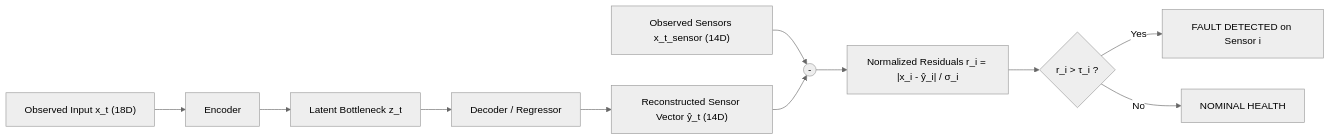
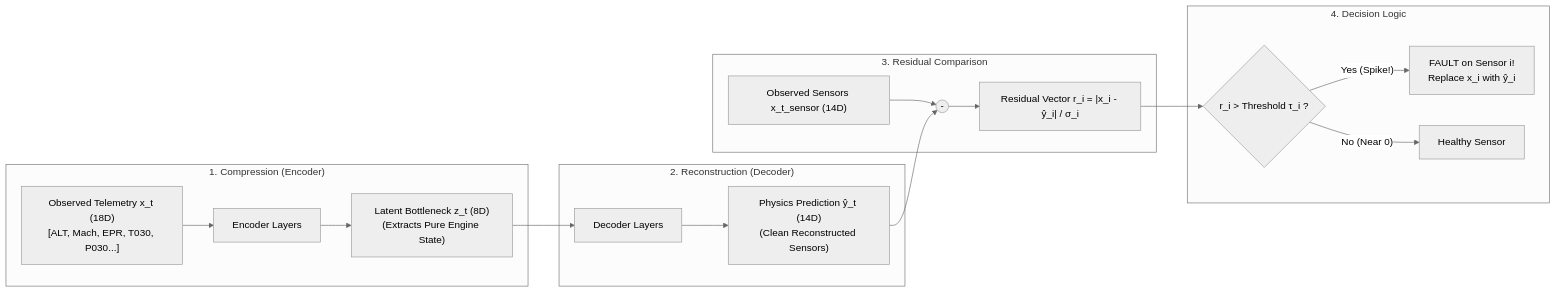
The second of 4 diagrams in docs/ml_architecture_strategy.md (atulyasharan29/Turbofan-Guard), drawn with Mermaid (neutral theme) before and after one commit. The commit also changed other lines of this file and 1 other file, not shown here.

Commit message:
docs: update ML strategy documentation with refined Two-Step Architectural framework and update EDA notebook

````diff
--- a/docs/ml_architecture_strategy.md
+++ b/docs/ml_architecture_strategy.md
@@ -81,14 +110,24 @@
 ```mermaid
 flowchart LR
-    X["Observed Input x_t (18D)"] --> Enc["Encoder"]
-    Enc --> Latent["Latent Bottleneck z_t"]
-    Latent --> Dec["Decoder / Regressor"]
-    Dec --> Y_hat["Reconstructed Sensor Vector ŷ_t (14D)"]
-    
-    X_sensor["Observed Sensors x_t_sensor (14D)"] --> Minus(( - ))
-    Y_hat --> Minus
-    Minus --> Res["Normalized Residuals r_i = |x_i - ŷ_i| / σ_i"]
-    Res --> Thresh{"r_i > τ_i ?"}
-    Thresh -- Yes --> Alarm["FAULT DETECTED on Sensor i"]
-    Thresh -- No --> Nominal["NOMINAL HEALTH"]
+    subgraph Compression["1. Compression (Encoder)"]
+        X["Observed Telemetry x_t (18D)<br/>[ALT, Mach, EPR, T030, P030...]"] --> Enc["Encoder Layers"]
+        Enc --> Latent["Latent Bottleneck z_t (8D)<br/>(Extracts Pure Engine State)"]
+    end
+
+    subgraph Expansion["2. Reconstruction (Decoder)"]
+        Latent --> Dec["Decoder Layers"]
+        Dec --> Y_hat["Physics Prediction ŷ_t (14D)<br/>(Clean Reconstructed Sensors)"]
+    end
+
+    subgraph ResidualMath["3. Residual Comparison"]
+        X_sens["Observed Sensors x_t_sensor (14D)"] --> Minus(( - ))
+        Y_hat --> Minus
+        Minus --> Res["Residual Vector r_i = |x_i - ŷ_i| / σ_i"]
+    end
+
+    subgraph Decision["4. Decision Logic"]
+        Res --> Thresh{"r_i > Threshold τ_i ?"}
+        Thresh -- "Yes (Spike!)" --> Fault["FAULT on Sensor i!<br/>Replace x_i with ŷ_i"]
+        Thresh -- "No (Near 0)" --> Healthy["Healthy Sensor"]
+    end
 ```
````
